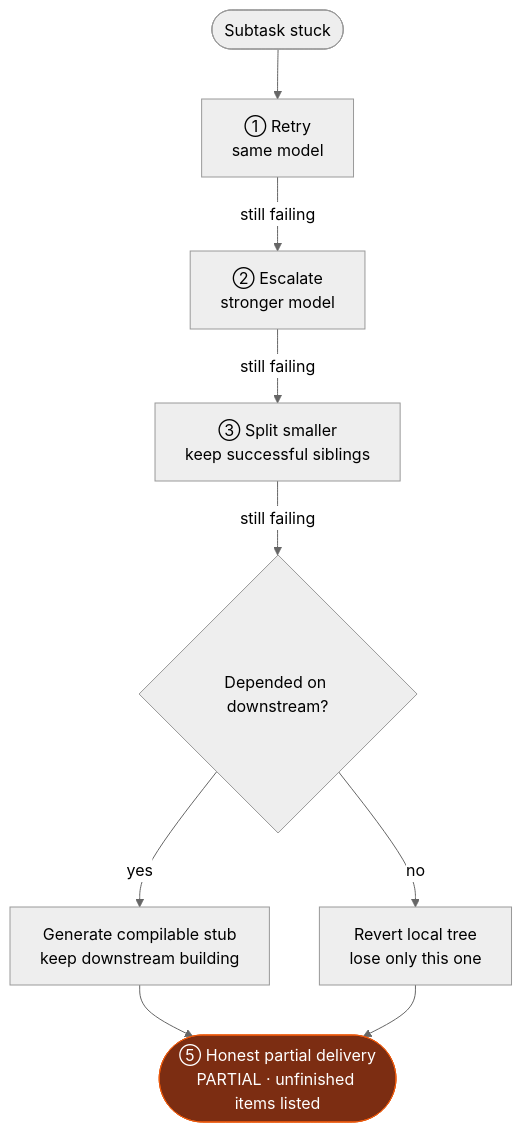
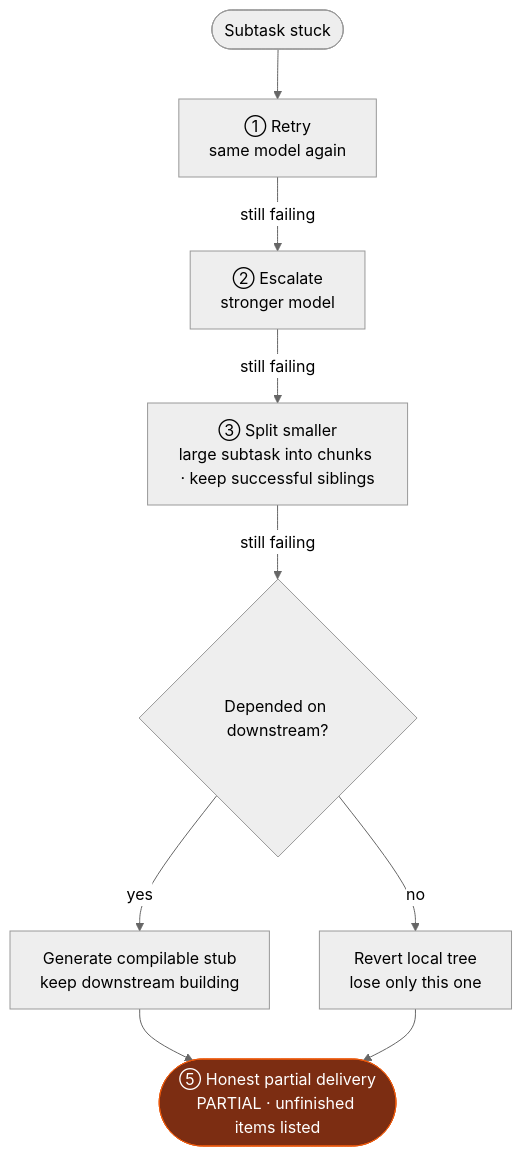
One commit to Victzhang79/Swarm changed the third of 4 diagrams in README_EN.md. Above: the diagram before and after it, drawn with Mermaid (neutral theme). The commit also changed other lines of this file and 9 other files, not shown here.

````diff
--- a/README_EN.md
+++ b/README_EN.md
@@ -204,16 +205,16 @@
 ```mermaid
 flowchart TB
     F([Subtask stuck]) --> S1
-    S1[① Retry<br/>same model] -->|still failing| S2
+    S1[① Retry<br/>same model again] -->|still failing| S2
     S2[② Escalate<br/>stronger model] -->|still failing| S3
-    S3[③ Split smaller<br/>keep successful siblings] -->|still failing| S4
+    S3[③ Split smaller<br/>large subtask into chunks · keep successful siblings] -->|still failing| S4
     S4{Depended on downstream?}
     S4 -->|yes| ST[Generate compilable stub<br/>keep downstream building]
     S4 -->|no| RV[Revert local tree<br/>lose only this one]
     ST --> S5
     RV --> S5
     S5([⑤ Honest partial delivery<br/>PARTIAL · unfinished items listed])
 
     classDef done fill:#7c2d12,stroke:#ea580c,color:#fff;
     class S5 done;
 ```
````
